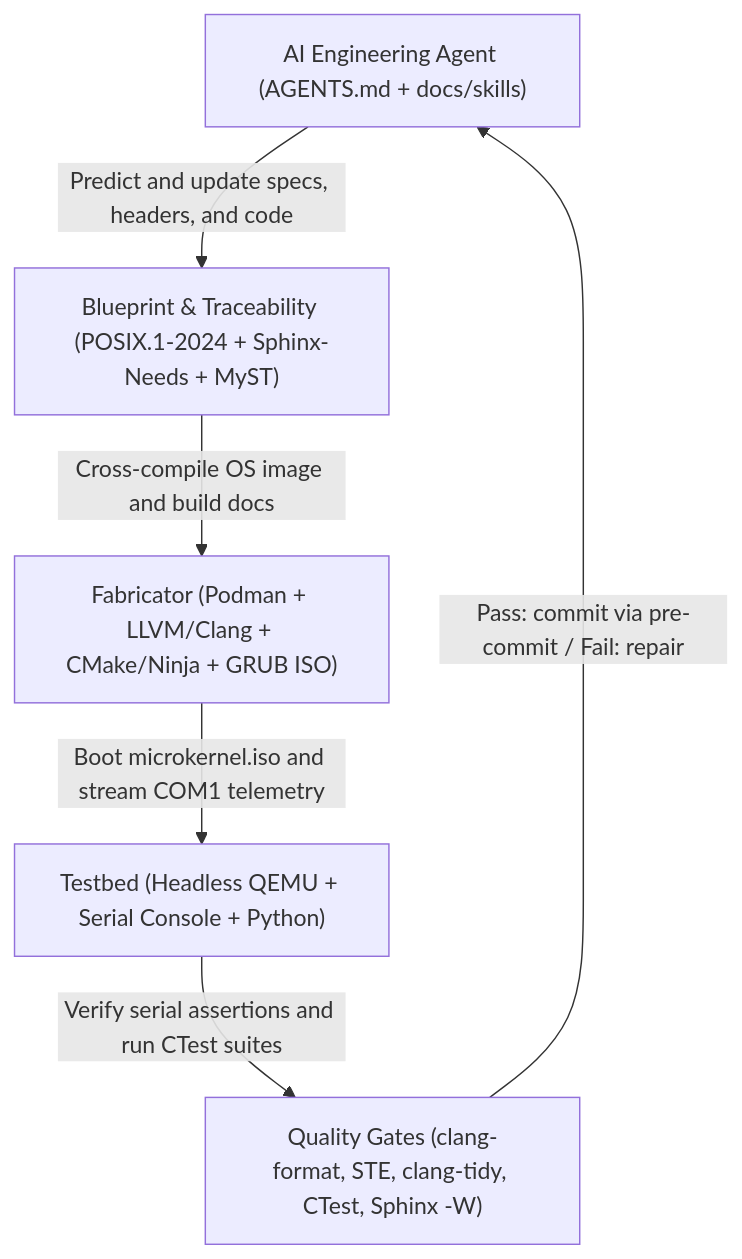
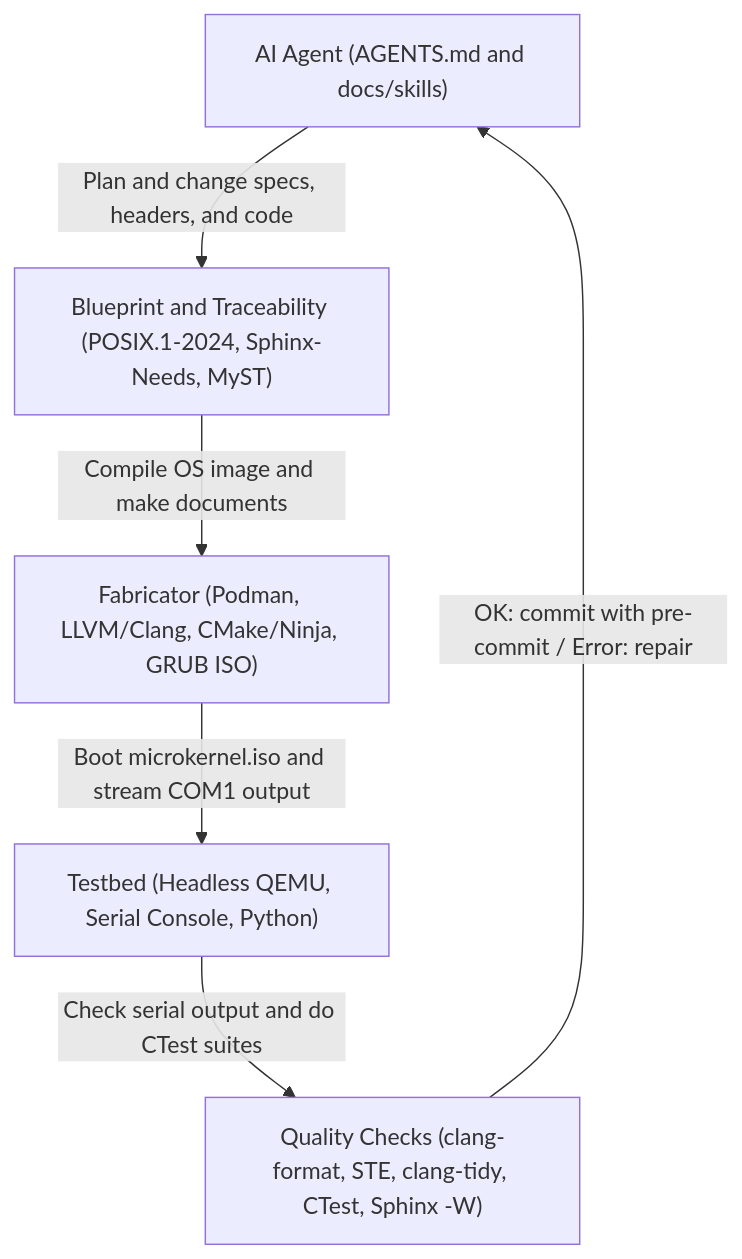
One commit to Deniz-Eren/microkernel changed the first of 2 diagrams in README.md. Above: the diagram before and after it, drawn with Mermaid. The commit also changed other lines of this file and 151 other files, not shown here.

First line of the commit message:
docs: align all project documents with STE rules and minimal vocabulary

````diff
--- a/README.md
+++ b/README.md
@@ -24,14 +24,14 @@
 ```mermaid
 flowchart TD
-    AGENT["AI Engineering Agent (AGENTS.md + docs/skills)"]
-    BLUEPRINT["Blueprint & Traceability (POSIX.1-2024 + Sphinx-Needs + MyST)"]
-    FABRICATOR["Fabricator (Podman + LLVM/Clang + CMake/Ninja + GRUB ISO)"]
-    TESTBED["Testbed (Headless QEMU + Serial Console + Python)"]
-    GATES["Quality Gates (clang-format, STE, clang-tidy, CTest, Sphinx -W)"]
+    AGENT["AI Agent (AGENTS.md and docs/skills)"]
+    BLUEPRINT["Blueprint and Traceability (POSIX.1-2024, Sphinx-Needs, MyST)"]
+    FABRICATOR["Fabricator (Podman, LLVM/Clang, CMake/Ninja, GRUB ISO)"]
+    TESTBED["Testbed (Headless QEMU, Serial Console, Python)"]
+    GATES["Quality Checks (clang-format, STE, clang-tidy, CTest, Sphinx -W)"]
 
-    AGENT -->|"Predict and update specs, headers, and code"| BLUEPRINT
-    BLUEPRINT -->|"Cross-compile OS image and build docs"| FABRICATOR
-    FABRICATOR -->|"Boot microkernel.iso and stream COM1 telemetry"| TESTBED
-    TESTBED -->|"Verify serial assertions and run CTest suites"| GATES
-    GATES -->|"Pass: commit via pre-commit / Fail: repair"| AGENT
+    AGENT -->|"Plan and change specs, headers, and code"| BLUEPRINT
+    BLUEPRINT -->|"Compile OS image and make documents"| FABRICATOR
+    FABRICATOR -->|"Boot microkernel.iso and stream COM1 output"| TESTBED
+    TESTBED -->|"Check serial output and do CTest suites"| GATES
+    GATES -->|"OK: commit with pre-commit / Error: repair"| AGENT
 ```
````
